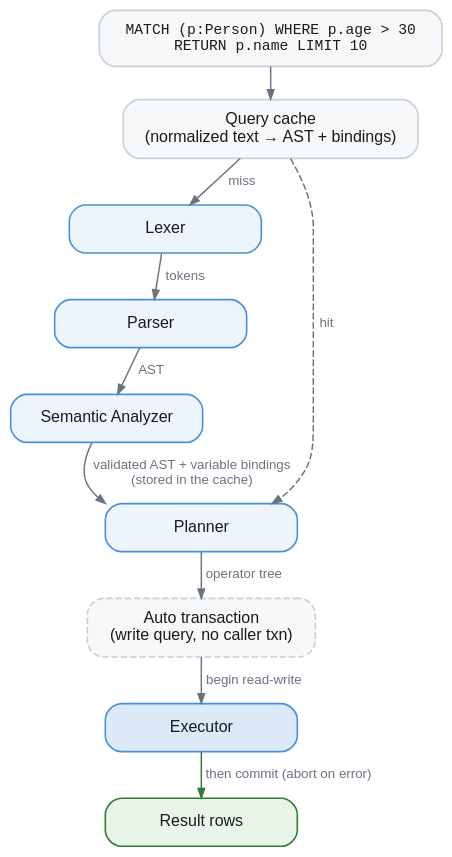
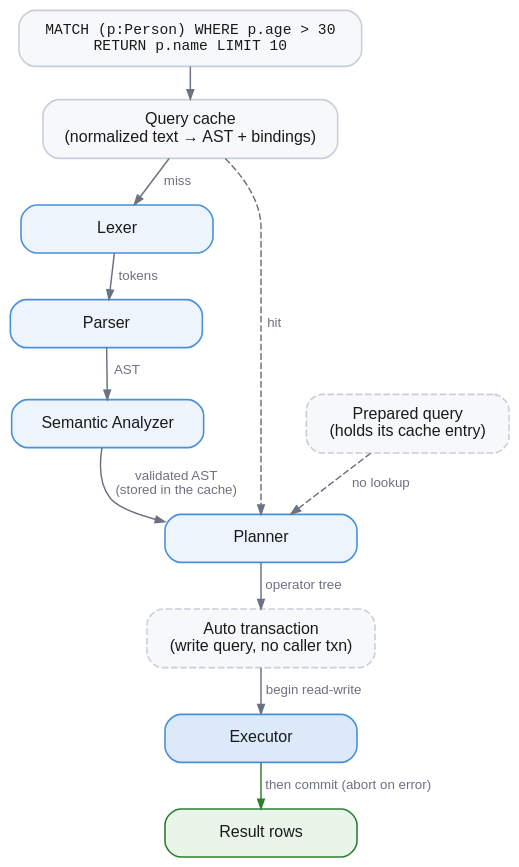
The diagram in book/diagrams/query-pipeline.dot (jeffhajewski/latticedb), drawn with Graphviz before and after one commit. The commit also changed 3 other files, not shown here.

First line of the commit message:
Show prepared queries and batched label reads in the query diagrams

```diff
--- a/book/diagrams/query-pipeline.dot
+++ b/book/diagrams/query-pipeline.dot
@@ -1,40 +1,44 @@
 // A Cypher string becomes result rows. A query-cache hit skips lexing, parsing
-// and analysis; a write query with no caller transaction runs inside an
-// automatic read-write transaction.
+// and analysis, and a prepared query skips the cache lookup as well; a write
+// query with no caller transaction runs inside an automatic read-write
+// transaction. Plans are not cached: every execution plans again.
 digraph query_pipeline {
   bgcolor="transparent"
   rankdir=TB
   nodesep=0.3
   ranksep=0.34
   fontname="Helvetica,Arial,sans-serif"
   node [shape=box style="filled,rounded" fillcolor="#eef4fb" color="#4a90d9"
         penwidth=1.2 fontname="Helvetica,Arial,sans-serif" fontsize=12
         fontcolor="#1a1a1a" margin="0.24,0.13" width=2.0]
   edge [color="#6b7280" penwidth=1.1 arrowsize=0.7
         fontname="Helvetica,Arial,sans-serif" fontsize=10 fontcolor="#6b7280"]
 
   q [label="MATCH (p:Person) WHERE p.age > 30\nRETURN p.name LIMIT 10"
      fillcolor="#f6f8fa" color="#c7d0da"
      fontname="Menlo,Consolas,monospace" fontsize=11]
 
   cache    [label="Query cache\n(normalized text → AST + bindings)" fillcolor="#f6f8fa" color="#c7d0da"]
+  prepared [label="Prepared query\n(holds its cache entry)" fillcolor="#f6f8fa" color="#c7d0da"
+            style="filled,rounded,dashed"]
   lexer    [label="Lexer"]
   parser   [label="Parser"]
   semantic [label="Semantic Analyzer"]
   planner  [label="Planner"]
   txn      [label="Auto transaction\n(write query, no caller txn)"
             fillcolor="#f6f8fa" color="#c7d0da" style="filled,rounded,dashed"]
   executor [label="Executor" fillcolor="#dbe9f8"]
 
   q        -> cache
   cache    -> lexer    [label="  miss"]
   lexer    -> parser   [label="  tokens"]
   parser   -> semantic [label="  AST"]
-  semantic -> planner  [label="  validated AST + variable bindings\n  (stored in the cache)"]
+  semantic -> planner  [label="  validated AST\n  (stored in the cache)"]
   cache    -> planner  [label="  hit" style=dashed]
+  prepared -> planner  [label="  no lookup" style=dashed]
   planner  -> txn      [label="  operator tree"]
   txn      -> executor [label="  begin read-write"]
 
   rows [label="Result rows" fillcolor="#eaf5ea" color="#2f7d32"]
   executor -> rows [color="#2f7d32" label="  then commit (abort on error)"]
 }
```
